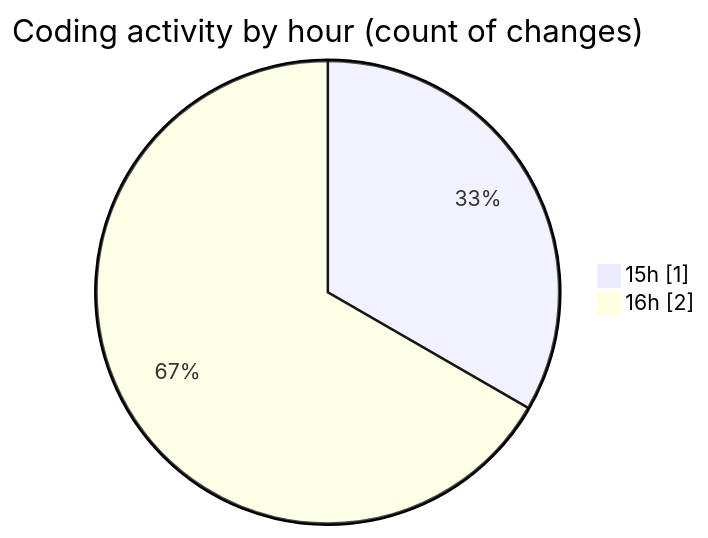
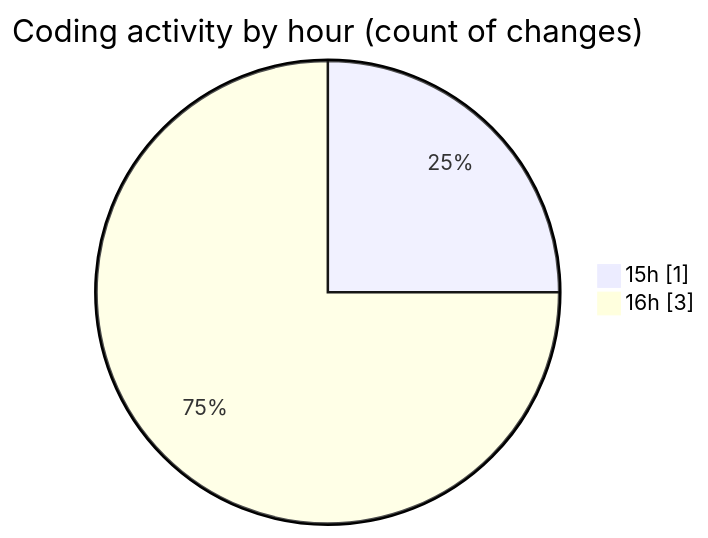
The second of 2 diagrams in 2025-09-29/untitled__workspace_/README.md (debugP/code-tracking), drawn with Mermaid before and after one commit. The commit also changed other lines of this file and 1 other file, not shown here.

````diff
--- a/2025-09-29/untitled__workspace_/README.md
+++ b/2025-09-29/untitled__workspace_/README.md
@@ -30,6 +30,6 @@
 ```mermaid
 pie showData
 title Coding activity by hour (count of changes)
 "15h" : 1
-"16h" : 2
+"16h" : 3
 ```
````
